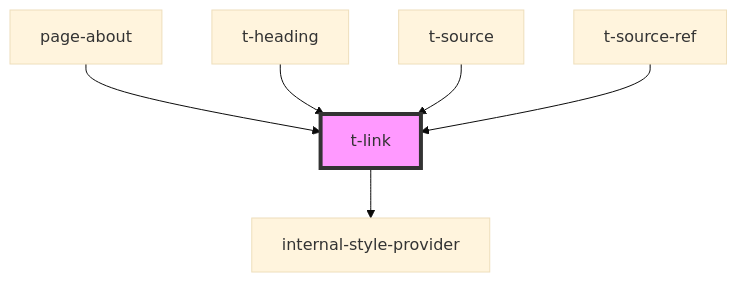
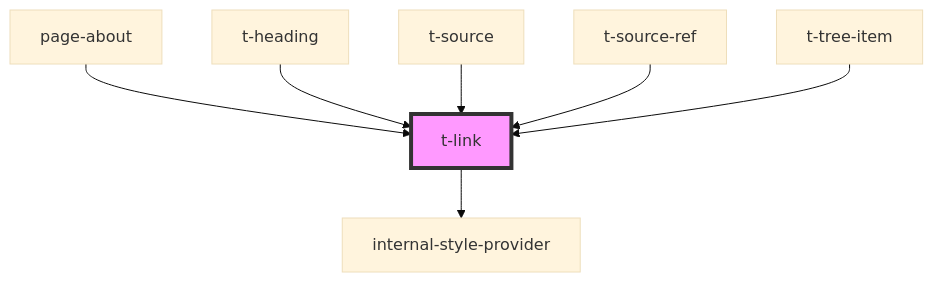
The diagram in packages/t-web-components/src/components/t-link/readme.md (TomasEng/web-components), drawn with Mermaid (base theme) before and after one commit. The commit also changed other lines of this file and 23 other files, not shown here.

````diff
--- a/packages/t-web-components/src/components/t-link/readme.md
+++ b/packages/t-web-components/src/components/t-link/readme.md
@@ -31,9 +53,10 @@
 ```mermaid
 graph TD;
   t-link --> internal-style-provider
   page-about --> t-link
   t-heading --> t-link
   t-source --> t-link
   t-source-ref --> t-link
+  t-tree-item --> t-link
   style t-link fill:#f9f,stroke:#333,stroke-width:4px
 ```
````
